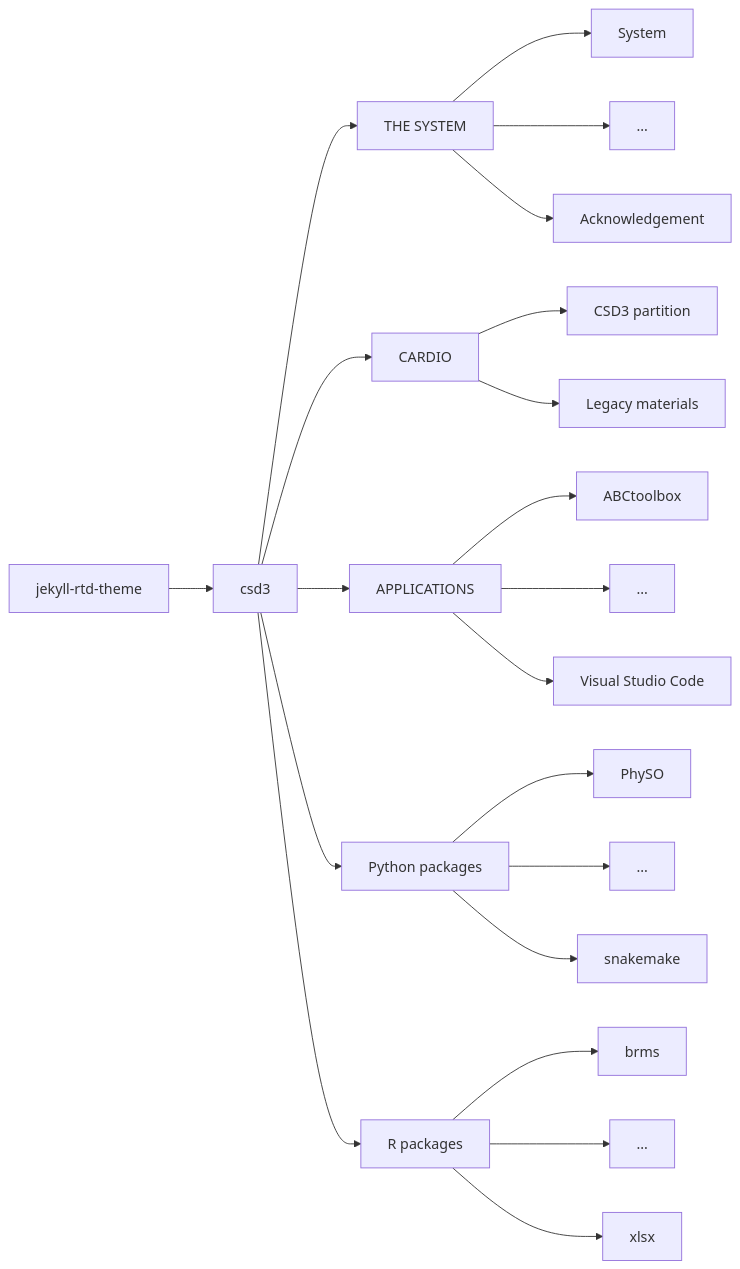
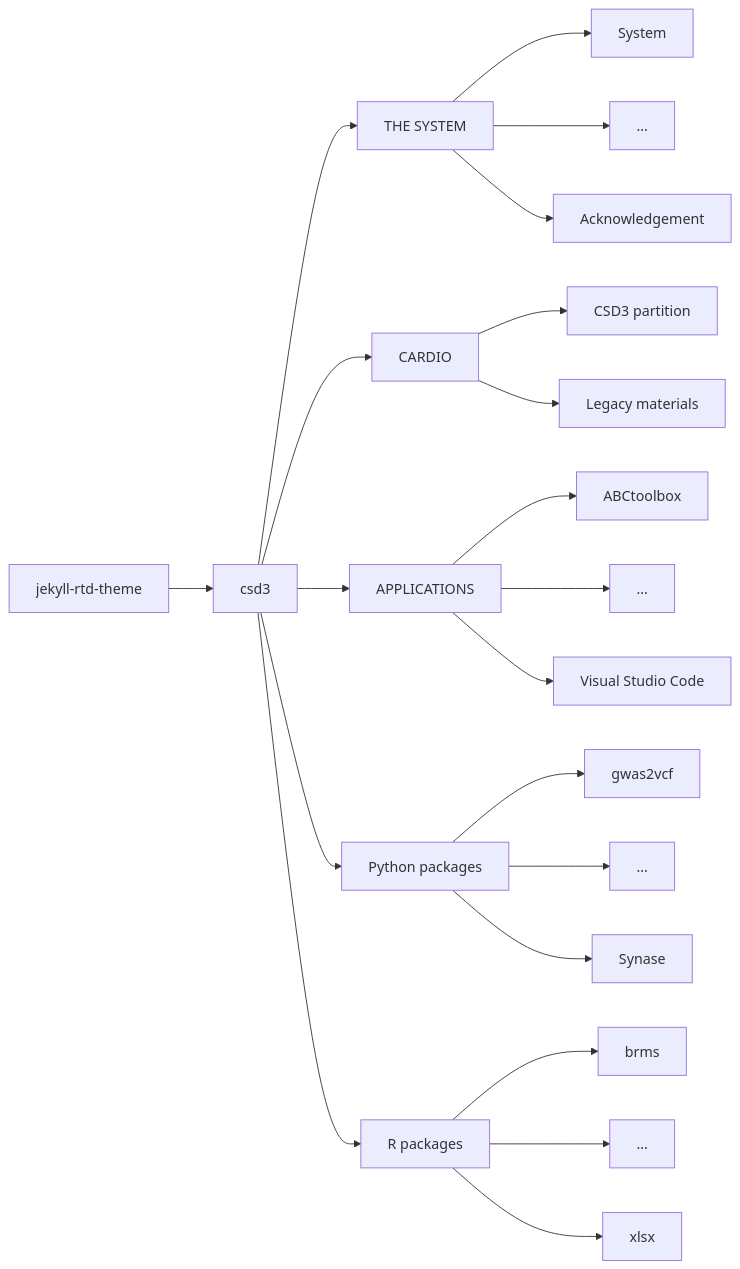
Before and after one commit to cambridge-ceu/csd3: the diagram in README.md, drawn with Mermaid. The commit also changed 32 other files, not shown here.

````diff
--- a/README.md
+++ b/README.md
@@ -10,23 +10,23 @@
 ```mermaid
 graph LR;
 jekyll-rtd-theme --> csd3
 csd3 --> system["THE SYSTEM"]
 csd3 --> cardio["CARDIO"]
 csd3 --> applications["APPLICATIONS"]
 csd3 --> Python["Python packages"]
 csd3 --> R["R packages"]
 system --> System
 system --> sysdot["..."]
 system --> Acknowledgement
 cardio --> cp["CSD3 partition"]
 cardio --> lm["Legacy materials"]
 applications --> ABCtoolbox
 applications --> appdot["..."]
 applications --> vsc["Visual Studio Code"]
-Python --> PhySO
+Python --> gwas2vcf
 Python --> Pythondot["..."]
-Python --> snakemake
+Python --> Synase
 R --> brms
 R --> Rdot["..."]
 R --> xlsx
 ```
````
